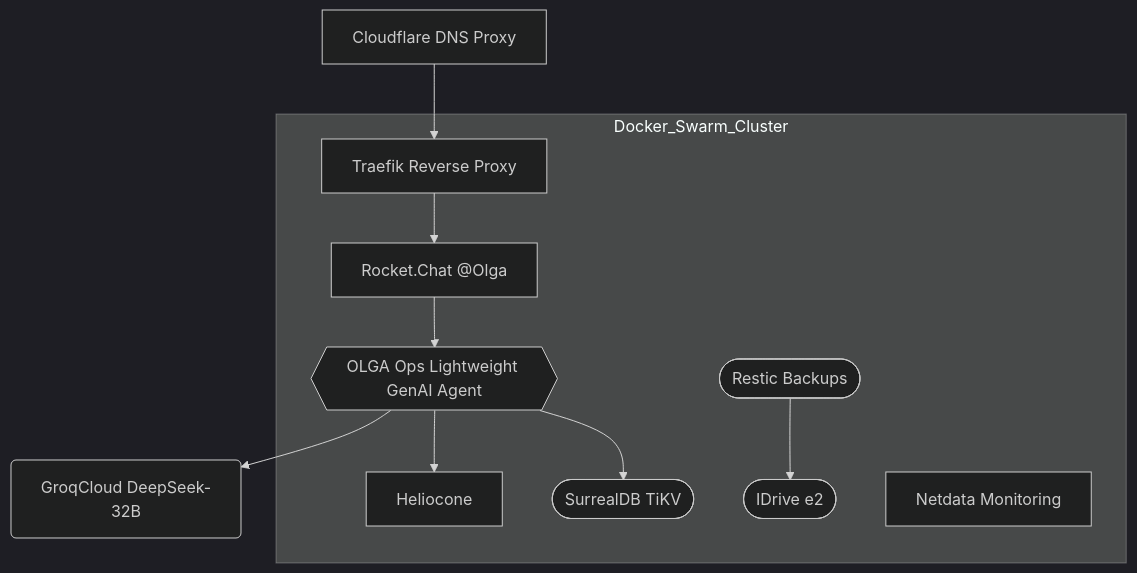
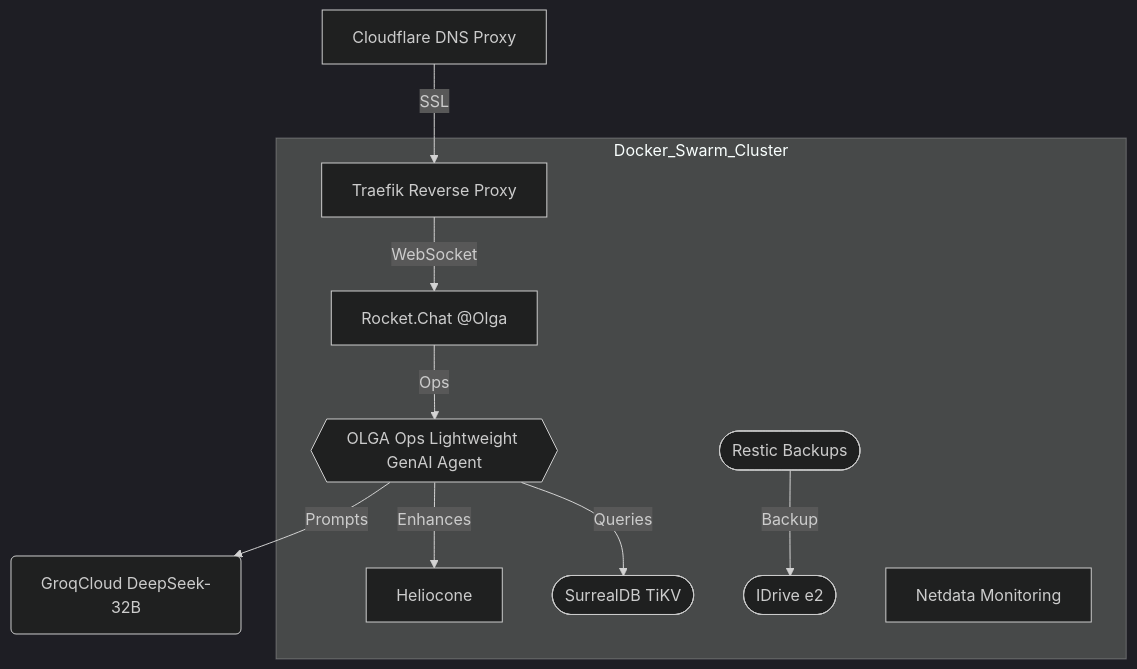
One commit to deepbrainspace/deepbrain-stack changed the second of 4 diagrams in projects/bnb/v6-b.md. Above: the diagram before and after it, drawn with Mermaid (dark theme). The commit also changed other lines of this file, not shown here.

````diff
--- a/projects/bnb/v6-b.md
+++ b/projects/bnb/v6-b.md
@@ -50,13 +52,13 @@
 ```mermaid
 flowchart TD
-    U[Cloudflare DNS Proxy] --> E[Traefik Reverse Proxy]
+    U[Cloudflare DNS Proxy] -->|SSL| E[Traefik Reverse Proxy]
     subgraph Docker_Swarm_Cluster
-        E --> A[Rocket.Chat @Olga]
-        A --> B{{OLGA Ops Lightweight GenAI Agent}}
-        B --> C([SurrealDB TiKV])
-        B --> F[Heliocone]
-        R([Restic Backups]) --> I([IDrive e2])
+        E -->|WebSocket| A[Rocket.Chat @Olga]
+        A -->|Ops| B{{OLGA Ops Lightweight GenAI Agent}}
+        B -->|Queries| C([SurrealDB TiKV])
+        B -->|Enhances| F[Heliocone]
+        R([Restic Backups]) -->|Backup| I([IDrive e2])
         S[Netdata Monitoring]
     end
-    B --> T(GroqCloud DeepSeek-32B)
+    B -->|Prompts| T(GroqCloud DeepSeek-32B)
 ```
````
